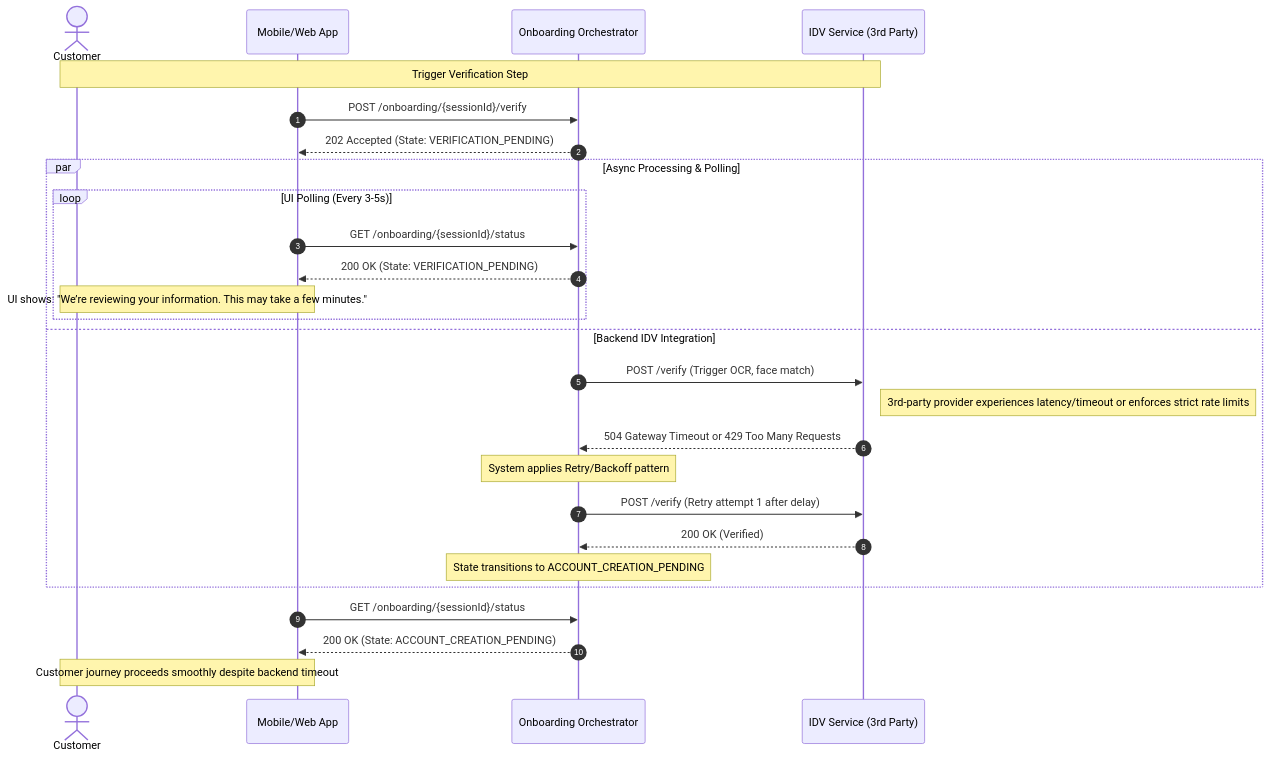
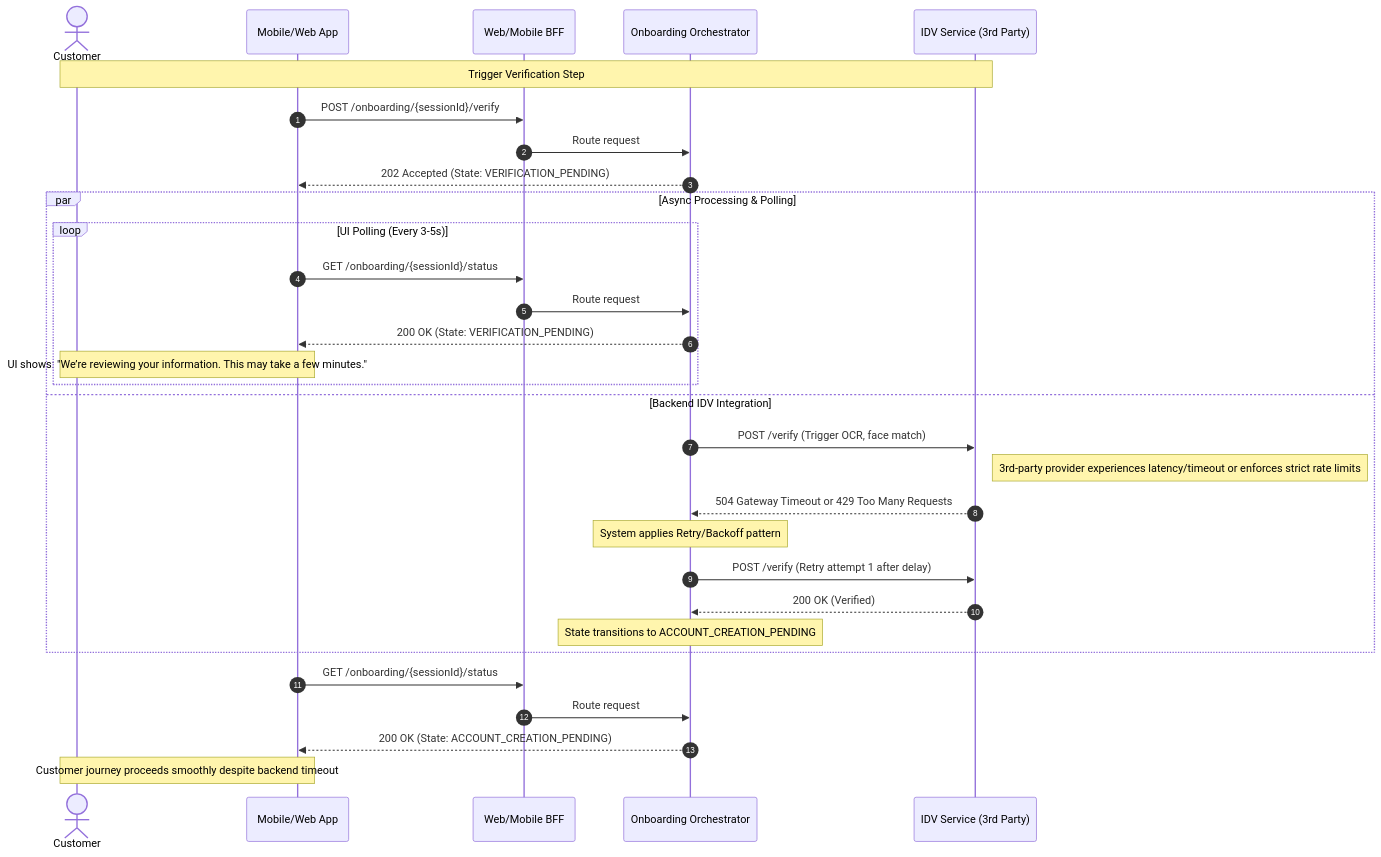
The diagram in user-flows/idv-timeout.mmd (duyphuc0701/G3-draft), drawn with Mermaid before and after one commit. The commit also changed 2 other files, not shown here.

Commit message:
Update mermaid diagrams

```diff
--- a/user-flows/idv-timeout.mmd
+++ b/user-flows/idv-timeout.mmd
@@ -1,34 +1,38 @@
 sequenceDiagram
     autonumber
     actor Customer
     participant UI as Mobile/Web App
+    participant BFF as Web/Mobile BFF
     participant Orch as Onboarding Orchestrator
     participant IDV as IDV Service (3rd Party)
 
     Note over Customer, IDV: Trigger Verification Step
-    UI->>Orch: POST /onboarding/{sessionId}/verify
+    UI->>BFF: POST /onboarding/{sessionId}/verify
+    BFF->>Orch: Route request
     Orch-->>UI: 202 Accepted (State: VERIFICATION_PENDING)
     
     par Async Processing & Polling
         loop UI Polling (Every 3-5s)
-            UI->>Orch: GET /onboarding/{sessionId}/status
+            UI->>BFF: GET /onboarding/{sessionId}/status
+            BFF->>Orch: Route request
             Orch-->>UI: 200 OK (State: VERIFICATION_PENDING)
             Note over Customer, UI: UI shows: "We’re reviewing your information. This may take a few minutes."
         end
     and Backend IDV Integration
         Orch->>IDV: POST /verify (Trigger OCR, face match)
         
         Note right of IDV: 3rd-party provider experiences latency/timeout or enforces strict rate limits
         IDV-->>Orch: 504 Gateway Timeout or 429 Too Many Requests
         
         Note over Orch: System applies Retry/Backoff pattern
         
         Orch->>IDV: POST /verify (Retry attempt 1 after delay)
         IDV-->>Orch: 200 OK (Verified)
         
         Note over Orch: State transitions to ACCOUNT_CREATION_PENDING
     end
 
-    UI->>Orch: GET /onboarding/{sessionId}/status
+    UI->>BFF: GET /onboarding/{sessionId}/status
+    BFF->>Orch: Route request
     Orch-->>UI: 200 OK (State: ACCOUNT_CREATION_PENDING)
     Note over Customer, UI: Customer journey proceeds smoothly despite backend timeout
```
